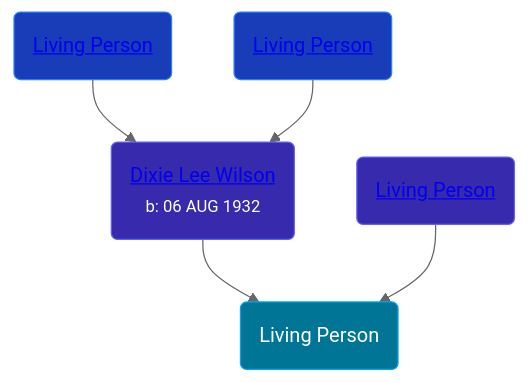
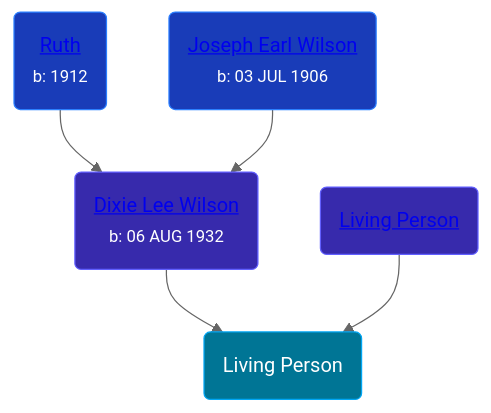
Before and after one commit to wpmgotkh/wpmgotkh.github.io: the diagram in pages/people/5/59170178.md, drawn with Mermaid (neutral theme). The commit also changed 586 other files, not shown here.

Commit message:
feat: better shouldConsiderPersonLiving algo

````diff
--- a/pages/people/5/59170178.md
+++ b/pages/people/5/59170178.md
@@ -10,11 +10,11 @@
 ```mermaid
 graph
 classDef grands fill:#193cb8,stroke:#2b7fff,stroke-width:1px,color:#fff;
 classDef parents fill:#372aac,stroke:#615fff,stroke-width:1px,color:#fff;
 classDef primary fill:#007595,stroke:#00a6f4,stroke-width:1px,color:#fff;
 59170178(Living Person):::primary
 87584724(<a class="text-white" href="/people/8/87584724">Dixie Lee Wilson</a><br /><small>b: 06 AUG 1932</small>):::parents-->59170178
-72945090(<a class="text-white" href="/people/7/72945090">Living Person</a>):::grands-->87584724
-35616804(<a class="text-white" href="/people/3/35616804">Living Person</a>):::grands-->87584724
+72945090(<a class="text-white" href="/people/7/72945090">Ruth </a><br /><small>b: 1912</small>):::grands-->87584724
+35616804(<a class="text-white" href="/people/3/35616804">Joseph Earl Wilson</a><br /><small>b: 03 JUL 1906</small>):::grands-->87584724
 45880759(<a class="text-white" href="/people/4/45880759">Living Person</a>):::parents-->59170178
 ```
````
